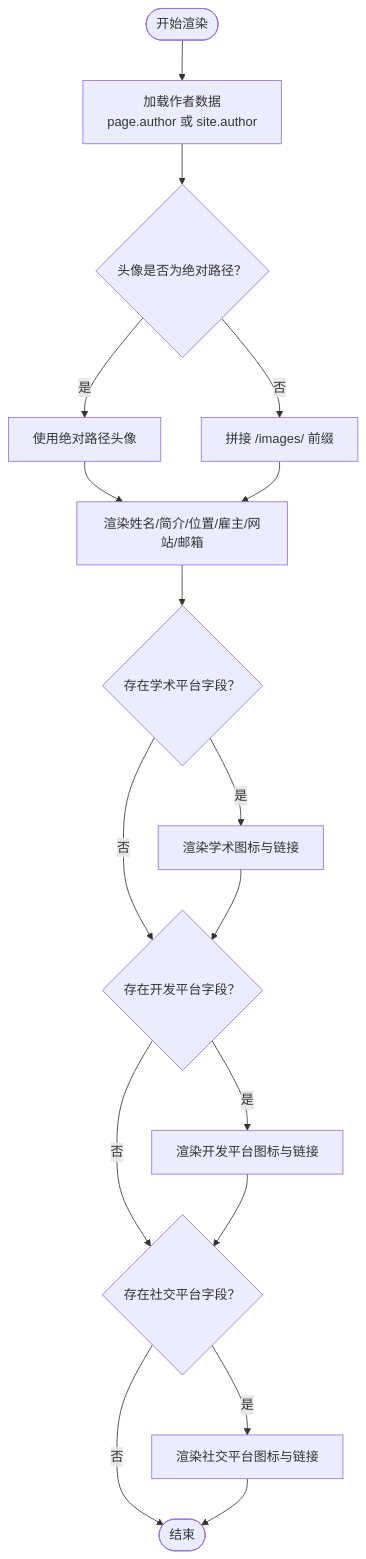
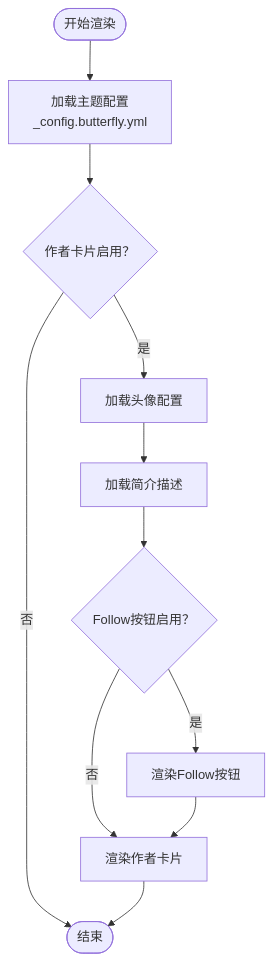
The third of 4 diagrams in .qoder/repowiki/zh/content/配置管理/作者和社交配置.md (CoolPig0720/CoolPig0720.github.io), drawn with Mermaid before and after one commit. The commit also changed other lines of this file and 36 other files, not shown here.

````diff
--- a/.qoder/repowiki/zh/content/配置管理/作者和社交配置.md
+++ b/.qoder/repowiki/zh/content/配置管理/作者和社交配置.md
@@ -167,19 +177,13 @@
 ```mermaid
 flowchart TD
-Start(["开始渲染"]) --> LoadAuthor["加载作者数据<br/>page.author 或 site.author"]
-LoadAuthor --> AvatarCheck{"头像是否为绝对路径？"}
-AvatarCheck --> |是| UseAbsolute["使用绝对路径头像"]
-AvatarCheck --> |否| UseRelative["拼接 /images/ 前缀"]
-UseAbsolute --> RenderBasic["渲染姓名/简介/位置/雇主/网站/邮箱"]
-UseRelative --> RenderBasic
-RenderBasic --> CheckAcademia{"存在学术平台字段？"}
-CheckAcademia --> |是| RenderAcademia["渲染学术图标与链接"]
-CheckAcademia --> |否| CheckDev{"存在开发平台字段？"}
-RenderAcademia --> CheckDev
-CheckDev --> |是| RenderDev["渲染开发平台图标与链接"]
-CheckDev --> |否| CheckSocial{"存在社交平台字段？"}
-RenderDev --> CheckSocial
-CheckSocial --> |是| RenderSocial["渲染社交平台图标与链接"]
-CheckSocial --> |否| End(["结束"])
-RenderSocial --> End
+Start(["开始渲染"]) --> LoadConfig["加载主题配置<br/>_config.butterfly.yml"]
+LoadConfig --> CheckAuthor{"作者卡片启用？"}
+CheckAuthor --> |是| LoadAvatar["加载头像配置"]
+CheckAuthor --> |否| End(["结束"])
+LoadAvatar --> LoadDesc["加载简介描述"]
+LoadDesc --> CheckButton{"Follow按钮启用？"}
+CheckButton --> |是| RenderButton["渲染Follow按钮"]
+CheckButton --> |否| RenderCard["渲染作者卡片"]
+RenderButton --> RenderCard
+RenderCard --> End
 ```
````
